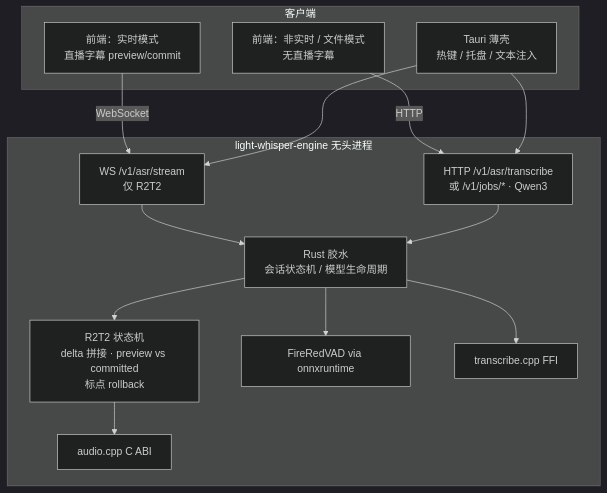
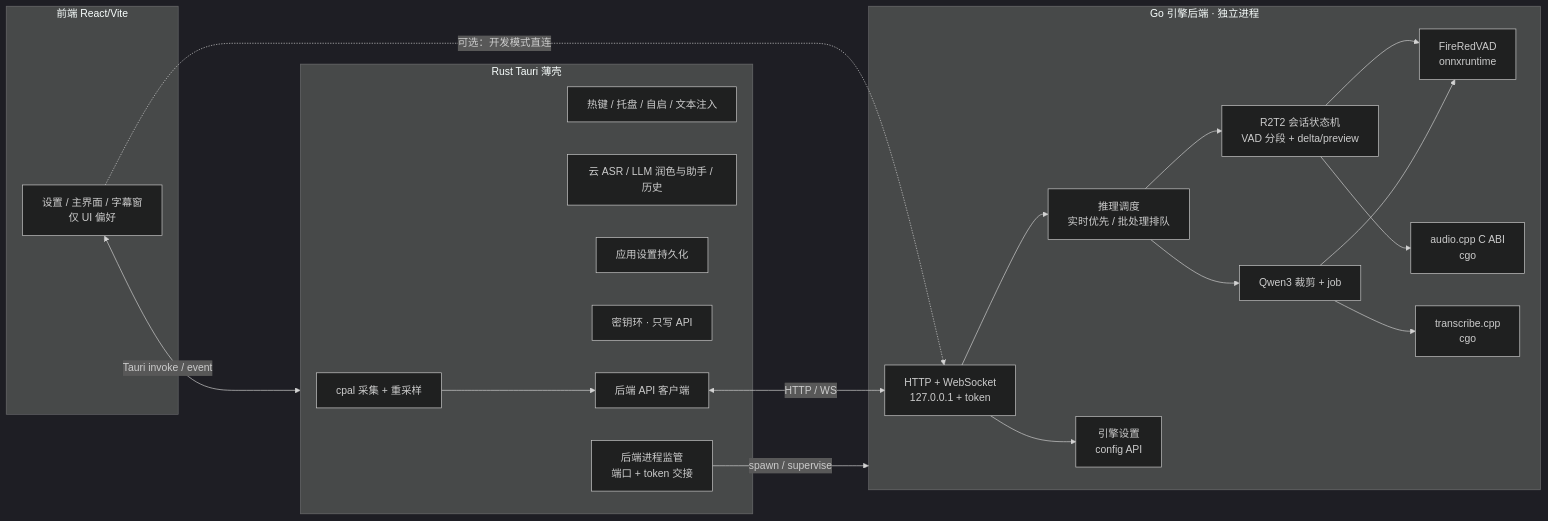
The diagram in docs/command-cube/PLAN.md (SenkjM/light-whisper), drawn with Mermaid (dark theme) before and after one commit. The commit also changed other lines of this file, not shown here.

First line of the commit message:
docs(command-cube): plan Go engine backend and thin Rust shell

````diff
--- a/docs/command-cube/PLAN.md
+++ b/docs/command-cube/PLAN.md
@@ -65,28 +78,38 @@
 ```mermaid
-flowchart TB
-  subgraph clients [客户端]
-    WebLive[前端：实时模式<br/>直播字幕 preview/commit]
-    WebBatch[前端：非实时 / 文件模式<br/>无直播字幕]
-    TauriShell[Tauri 薄壳<br/>热键 / 托盘 / 文本注入]
+flowchart LR
+  subgraph fe [前端 React/Vite]
+    UI[设置 / 主界面 / 字幕窗<br/>仅 UI 偏好]
   end
 
-  subgraph engine [light-whisper-engine 无头进程]
-    WS["WS /v1/asr/stream<br/>仅 R2T2"]
-    HTTP["HTTP /v1/asr/transcribe<br/>或 /v1/jobs/* · Qwen3"]
-    RustGlue[Rust 胶水<br/>会话状态机 / 模型生命周期]
-    SM[R2T2 状态机<br/>delta 拼接 · preview vs committed<br/>标点 rollback]
-    VAD[FireRedVAD via onnxruntime]
-    R2T2[audio.cpp C ABI]
-    Qwen[transcribe.cpp FFI]
-    WS --> RustGlue
-    HTTP --> RustGlue
-    RustGlue --> SM --> R2T2
-    RustGlue --> VAD
-    RustGlue --> Qwen
+  subgraph shell [Rust Tauri 薄壳]
+    Cap[cpal 采集 + 重采样]
+    Sys[热键 / 托盘 / 自启 / 文本注入]
+    App[云 ASR / LLM 润色与助手 / 历史]
+    Cfg[应用设置持久化]
+    Key[密钥环 · 只写 API]
+    Sup[后端进程监管<br/>端口 + token 交接]
+    Cli[后端 API 客户端]
   end
 
-  WebLive -->|WebSocket| WS
-  WebBatch -->|HTTP| HTTP
-  TauriShell --> WS
-  TauriShell --> HTTP
+  subgraph be [Go 引擎后端 · 独立进程]
+    API[HTTP + WebSocket<br/>127.0.0.1 + token]
+    Sched[推理调度<br/>实时优先 / 批处理排队]
+    Sess[R2T2 会话状态机<br/>VAD 分段 + delta/preview]
+    Batch[Qwen3 裁剪 + job]
+    VAD[FireRedVAD<br/>onnxruntime]
+    R2[audio.cpp C ABI<br/>cgo]
+    QW[transcribe.cpp<br/>cgo]
+    ECfg[引擎设置<br/>config API]
+  end
+
+  UI <-->|Tauri invoke / event| shell
+  UI -.->|可选：开发模式直连| API
+  Cli <-->|HTTP / WS| API
+  Sup -->|spawn / supervise| be
+  Cap --> Cli
+  API --> Sched --> Sess --> R2
+  Sched --> Batch --> QW
+  Sess --> VAD
+  Batch --> VAD
+  API --> ECfg
 ```
````
